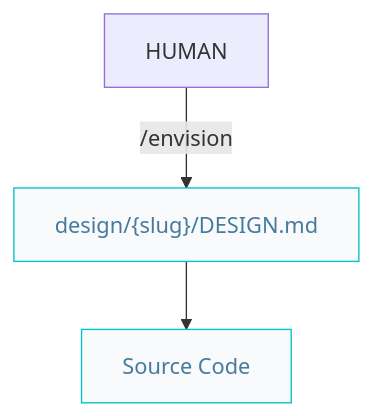
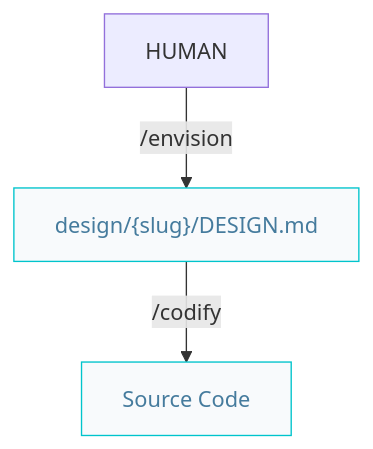
Before and after one commit to AIDDbot/AIDDbot: the second of 3 diagrams in docs/architect.pipelines.md, drawn with Mermaid. The commit also changed other lines of this file and 5 other files, not shown here.

````diff
--- a/docs/architect.pipelines.md
+++ b/docs/architect.pipelines.md
@@ -40,11 +40,11 @@
 ```mermaid
 flowchart TD
   HUM[HUMAN]
   DES["design/{slug}/DESIGN.md"]:::nd
   COD[Source Code]:::nd
 
   HUM -->|/envision| DES
-  DES --> COD
+  DES -->|/codify| COD
 
   classDef nd fill:#f8fafc,stroke:#00c4cc,color:#457b9d
 ```
````
